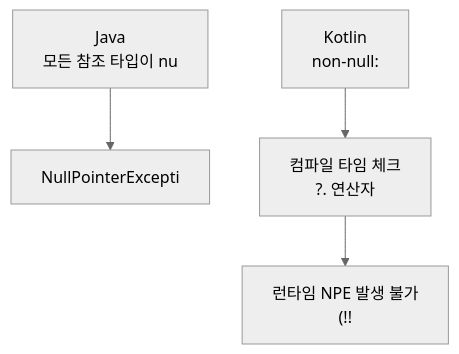
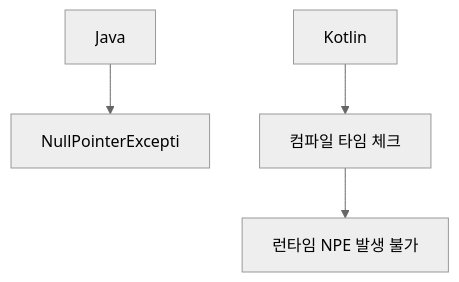
Before and after one commit to yjkim2015/yjkim2015.github.io: the first of 3 diagrams in _posts/kotlin/2026-05-02-java-to-kotlin.md, drawn with Mermaid (neutral theme). The commit also changed other lines of this file and 217 other files, not shown here.

First line of the commit message:
Mermaid 크기 수정: useMaxWidth:true + SVG max-width:100% + 라벨 축소

````diff
--- a/_posts/kotlin/2026-05-02-java-to-kotlin.md
+++ b/_posts/kotlin/2026-05-02-java-to-kotlin.md
@@ -99,6 +99,6 @@
 ```mermaid
 graph TD
-    Java["Java\n모든 참조 타입이 nu"] --> Problem["NullPointerExcepti"]
-    Kotlin["Kotlin\nnon-null:"] --> Compile["컴파일 타임 체크\n?. 연산자"]
-    Compile --> Safe["런타임 NPE 발생 불가\n(!!"]
+    Java["Java"] --> Problem["NullPointerExcepti"]
+    Kotlin["Kotlin"] --> Compile["컴파일 타임 체크"]
+    Compile --> Safe["런타임 NPE 발생 불가"]
 ```
````
